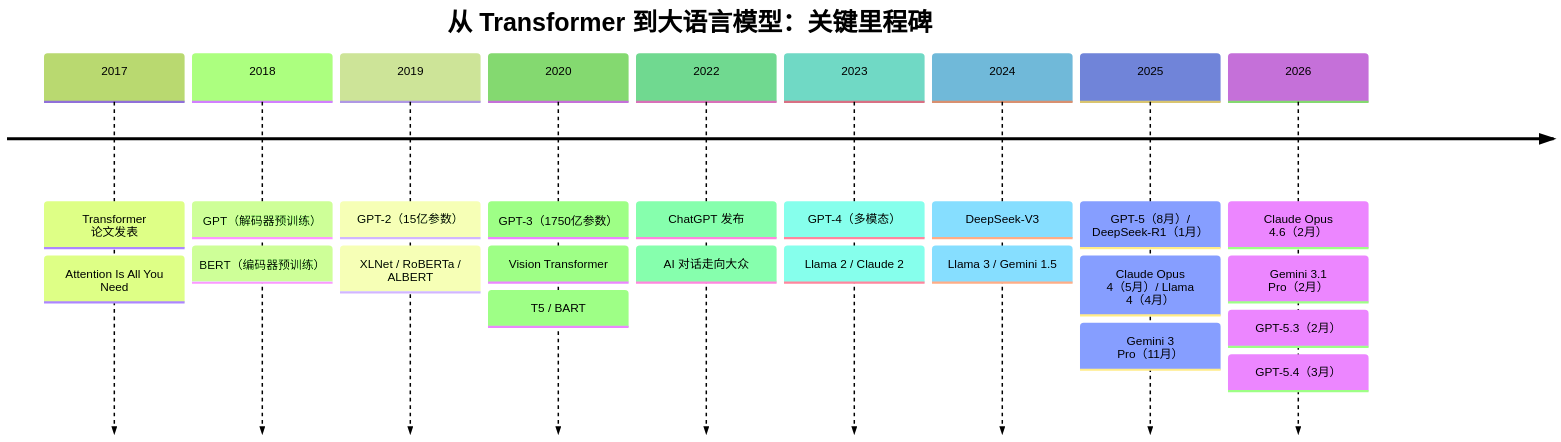
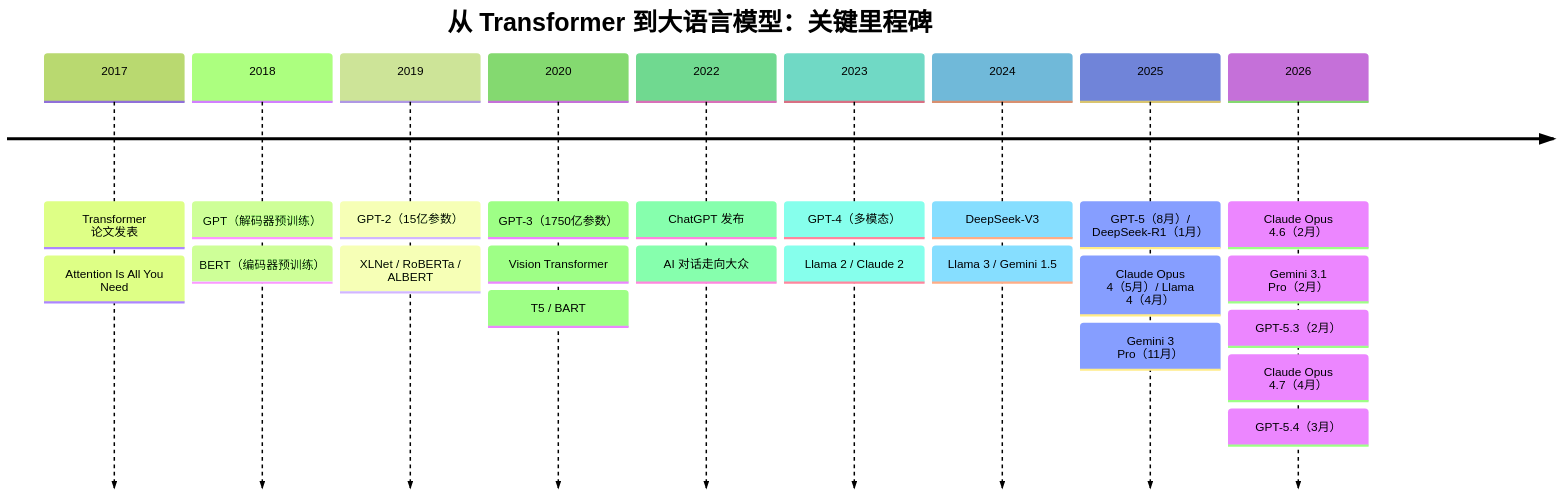
One commit to yeasy/llm_internals changed the diagram in 01_introduction/1.5_milestones.md. Above: the diagram before and after it, drawn with Mermaid (forest theme). The commit also changed other lines of this file and 6 other files, not shown here.

Commit message:
Add Claude Opus 4.7 model info

````diff
--- a/01_introduction/1.5_milestones.md
+++ b/01_introduction/1.5_milestones.md
@@ -5,26 +5,27 @@
 ```mermaid
 timeline
     title 从 Transformer 到大语言模型：关键里程碑
     2017 : Transformer 论文发表
          : Attention Is All You Need
     2018 : GPT（解码器预训练）
          : BERT（编码器预训练）
     2019 : GPT-2（15亿参数）
          : XLNet / RoBERTa / ALBERT
     2020 : GPT-3（1750亿参数）
          : Vision Transformer
          : T5 / BART
     2022 : ChatGPT 发布
          : AI 对话走向大众
     2023 : GPT-4（多模态）
          : Llama 2 / Claude 2
     2024 : DeepSeek-V3
          : Llama 3 / Gemini 1.5
     2025 : GPT-5（8月）/ DeepSeek-R1（1月）
          : Claude Opus 4（5月）/ Llama 4（4月）
          : Gemini 3 Pro（11月）
     2026 : Claude Opus 4.6（2月）
          : Gemini 3.1 Pro（2月）
          : GPT-5.3（2月）
+         : Claude Opus 4.7（4月）
          : GPT-5.4（3月）
 ```
````
